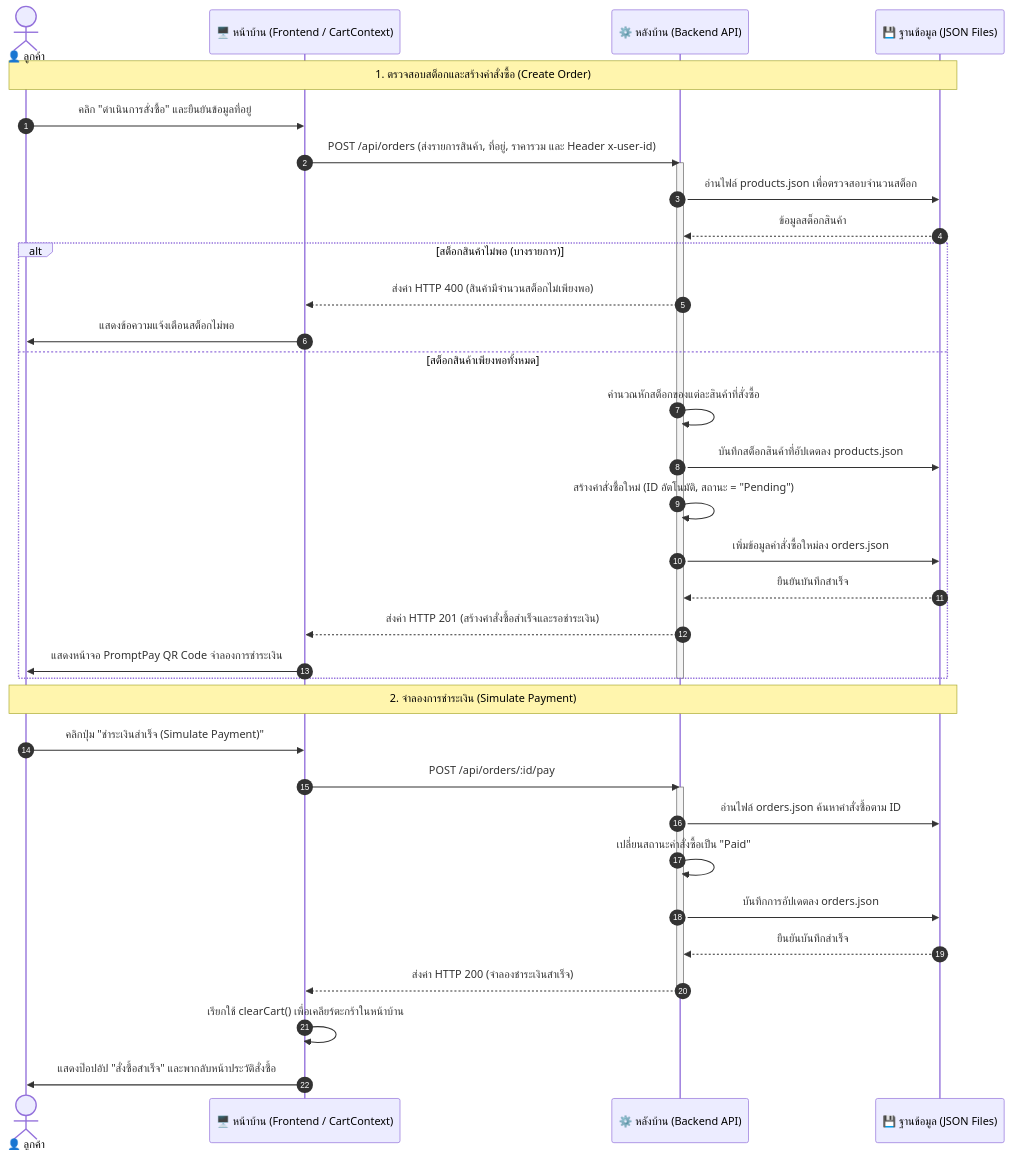
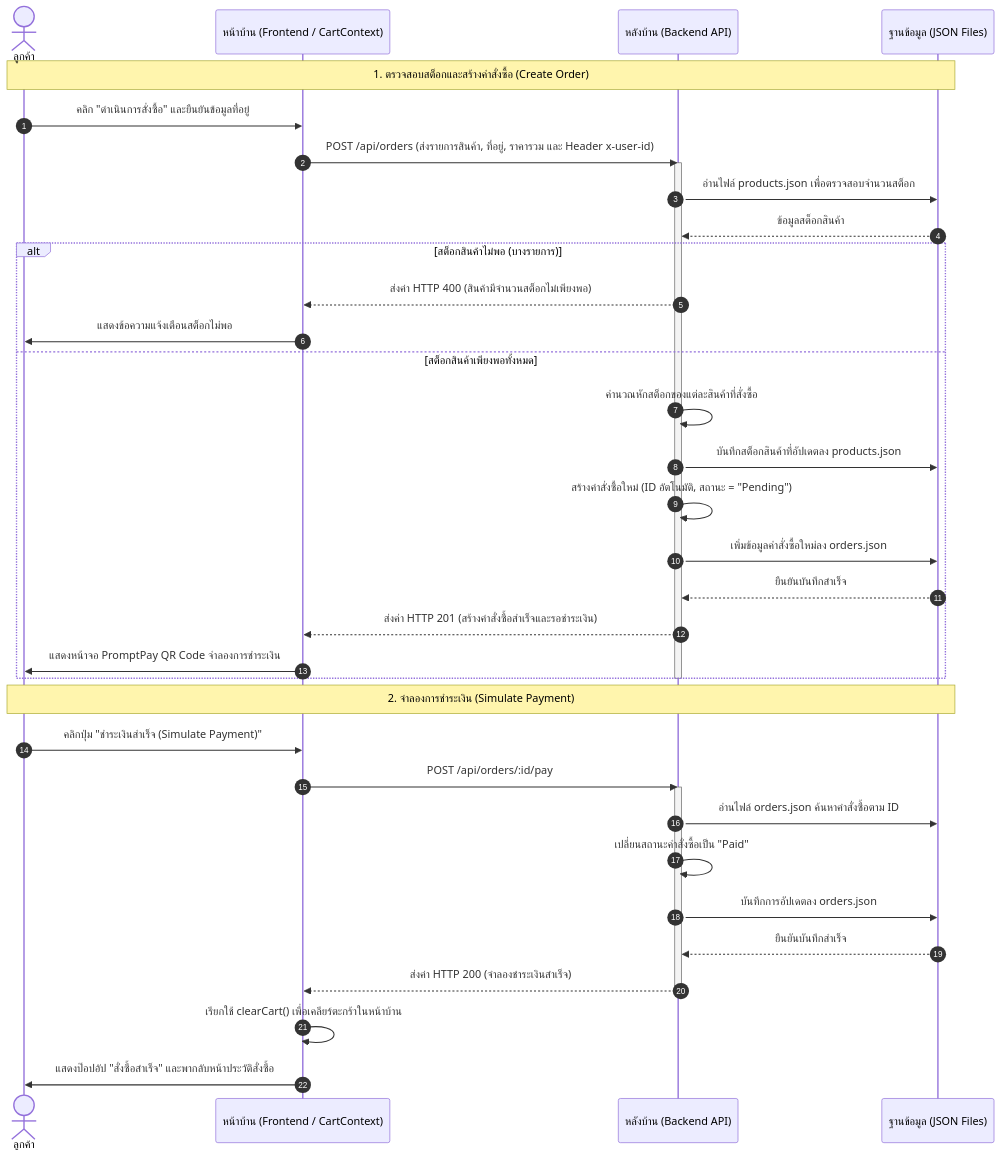
One commit to neoaway2909/fitpung changed the fourth of 8 diagrams in system_design.md. Above: the diagram before and after it, drawn with Mermaid. The commit also changed other lines of this file, not shown here.

````diff
--- a/system_design.md
+++ b/system_design.md
@@ -303,42 +304,42 @@
 ```mermaid
 sequenceDiagram
   autonumber
-  actor Customer as 👤 ลูกค้า
-  participant FE as 🖥️ หน้าบ้าน (Frontend / CartContext)
-  participant BE as ⚙️ หลังบ้าน (Backend API)
-  participant DB as 💾 ฐานข้อมูล (JSON Files)
+  actor Customer as ลูกค้า
+  participant FE as หน้าบ้าน (Frontend / CartContext)
+  participant BE as หลังบ้าน (Backend API)
+  participant DB as ฐานข้อมูล (JSON Files)
 
   Note over Customer, DB: 1. ตรวจสอบสต็อกและสร้างคำสั่งซื้อ (Create Order)
   Customer->>FE: คลิก "ดำเนินการสั่งซื้อ" และยืนยันข้อมูลที่อยู่
   FE->>BE: POST /api/orders (ส่งรายการสินค้า, ที่อยู่, ราคารวม และ Header x-user-id)
   activate BE
   BE->>DB: อ่านไฟล์ products.json เพื่อตรวจสอบจำนวนสต็อก
   DB-->>BE: ข้อมูลสต็อกสินค้า
   
   alt สต็อกสินค้าไม่พอ (บางรายการ)
     BE-->>FE: ส่งค่า HTTP 400 (สินค้ามีจำนวนสต็อกไม่เพียงพอ)
     FE->>Customer: แสดงข้อความแจ้งเตือนสต็อกไม่พอ
   else สต็อกสินค้าเพียงพอทั้งหมด
     BE->>BE: คำนวณหักสต็อกของแต่ละสินค้าที่สั่งซื้อ
     BE->>DB: บันทึกสต็อกสินค้าที่อัปเดตลง products.json
     BE->>BE: สร้างคำสั่งซื้อใหม่ (ID อัตโนมัติ, สถานะ = "Pending")
     BE->>DB: เพิ่มข้อมูลคำสั่งซื้อใหม่ลง orders.json
     DB-->>BE: ยืนยันบันทึกสำเร็จ
     BE-->>FE: ส่งค่า HTTP 201 (สร้างคำสั่งซื้อสำเร็จและรอชำระเงิน)
     FE->>Customer: แสดงหน้าจอ PromptPay QR Code จำลองการชำระเงิน
   end
   deactivate BE
 
   Note over Customer, DB: 2. จำลองการชำระเงิน (Simulate Payment)
   Customer->>FE: คลิกปุ่ม "ชำระเงินสำเร็จ (Simulate Payment)"
   FE->>BE: POST /api/orders/:id/pay
   activate BE
   BE->>DB: อ่านไฟล์ orders.json ค้นหาคำสั่งซื้อตาม ID
   BE->>BE: เปลี่ยนสถานะคำสั่งซื้อเป็น "Paid"
   BE->>DB: บันทึกการอัปเดตลง orders.json
   DB-->>BE: ยืนยันบันทึกสำเร็จ
   BE-->>FE: ส่งค่า HTTP 200 (จำลองชำระเงินสำเร็จ)
   deactivate BE
   FE->>FE: เรียกใช้ clearCart() เพื่อเคลียร์ตะกร้าในหน้าบ้าน
   FE->>Customer: แสดงป๊อปอัป "สั่งซื้อสำเร็จ" และพากลับหน้าประวัติสั่งซื้อ
 ```
````
